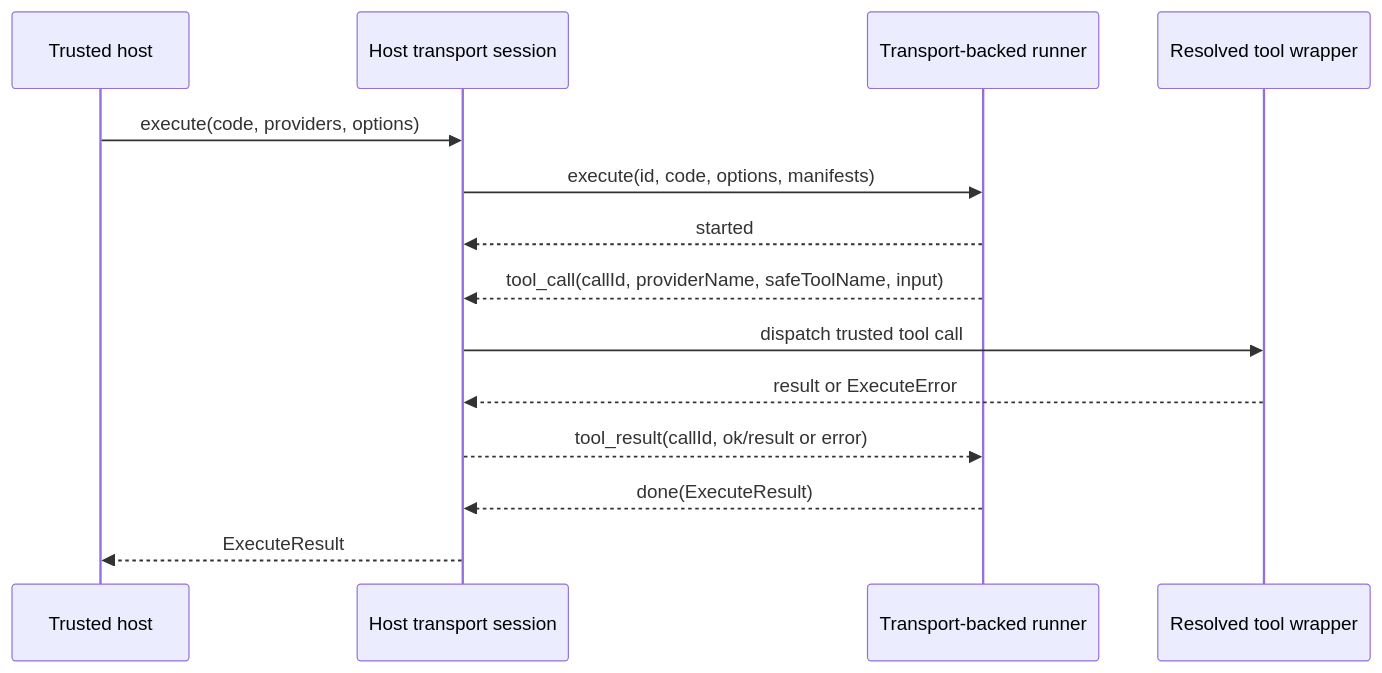
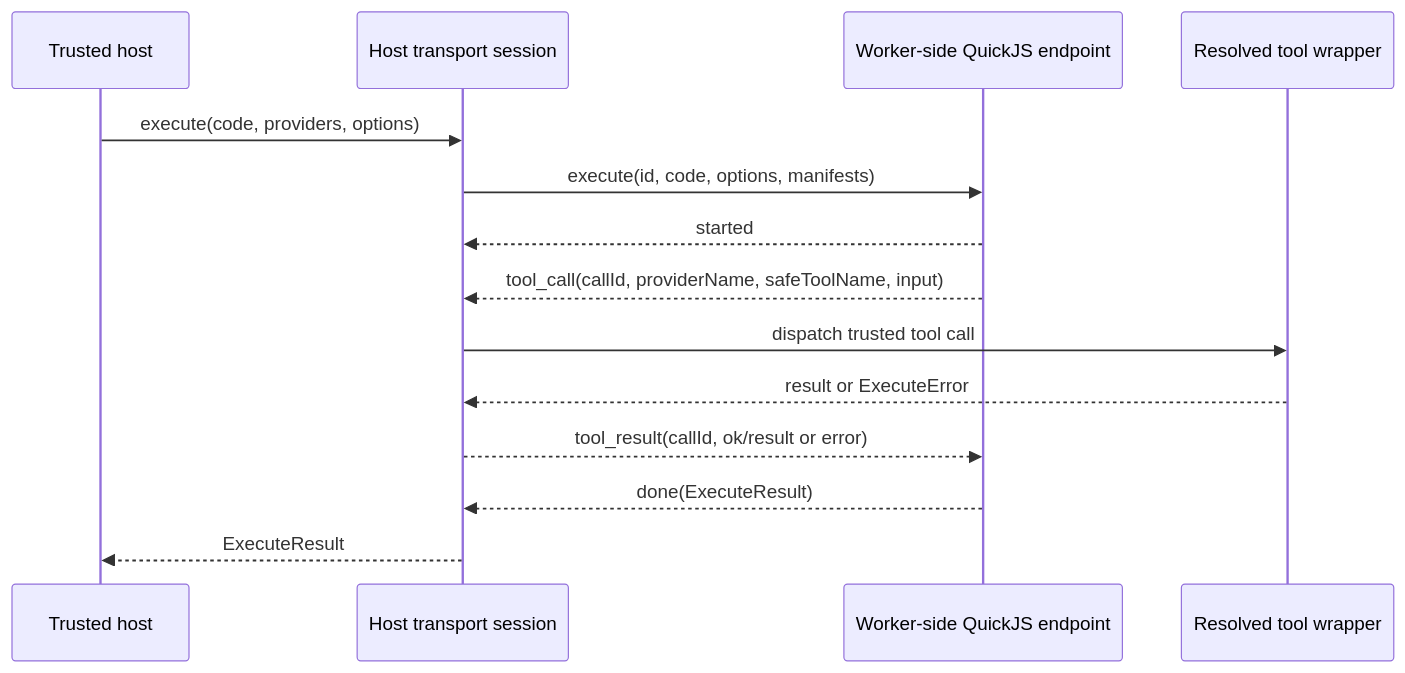
Before and after one commit to aallam/execbox: the second of 2 diagrams in docs/src/content/docs/architecture/execbox-mcp-and-protocol.md, drawn with Mermaid. The commit also changed other lines of this file and 49 other files, not shown here.

````diff
--- a/docs/src/content/docs/architecture/execbox-mcp-and-protocol.md
+++ b/docs/src/content/docs/architecture/execbox-mcp-and-protocol.md
@@ -83,17 +76,17 @@
 ```mermaid
 sequenceDiagram
     participant Host as Trusted host
     participant Session as Host transport session
-    participant Runner as Transport-backed runner
+    participant Runner as Worker-side QuickJS endpoint
     participant Tool as Resolved tool wrapper
 
     Host->>Session: execute(code, providers, options)
     Session->>Runner: execute(id, code, options, manifests)
     Runner-->>Session: started
     Runner-->>Session: tool_call(callId, providerName, safeToolName, input)
     Session->>Tool: dispatch trusted tool call
     Tool-->>Session: result or ExecuteError
     Session-->>Runner: tool_result(callId, ok/result or error)
     Runner-->>Session: done(ExecuteResult)
     Session-->>Host: ExecuteResult
 ```
````
